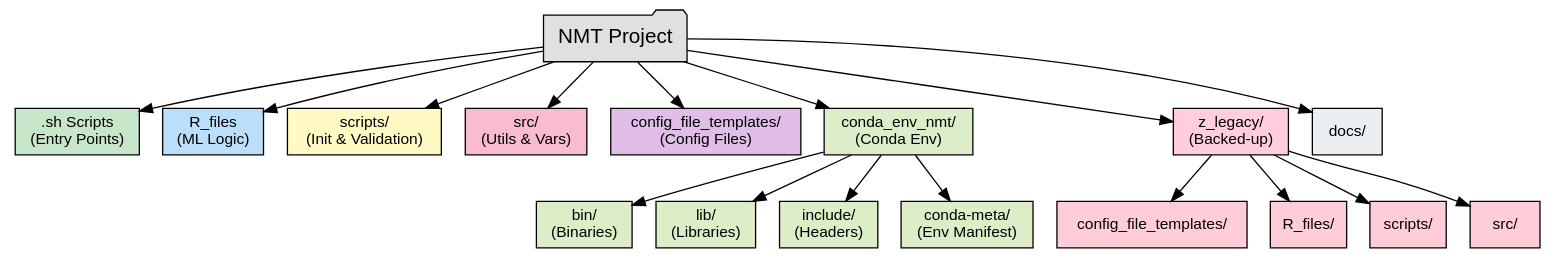
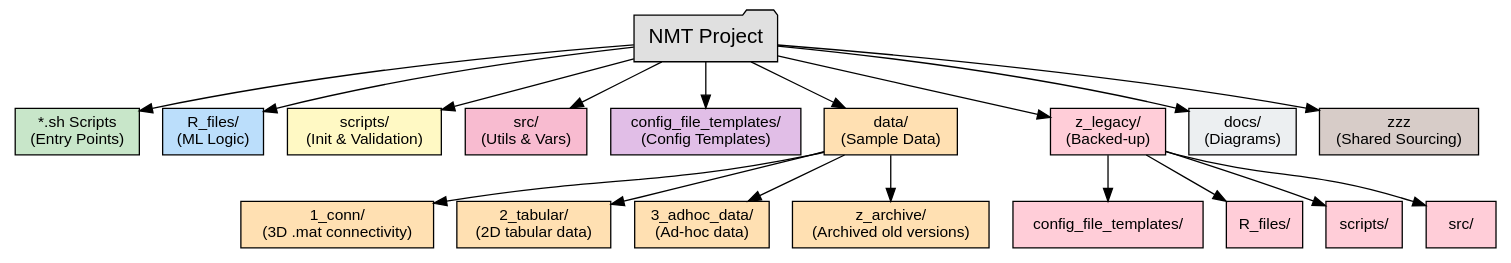
The diagram in docs/project_workflow.dot (jzhangc/git_nmt_commandline), drawn with Graphviz before and after one commit. The commit also changed 3 other files, not shown here.

```diff
--- a/docs/project_workflow.dot
+++ b/docs/project_workflow.dot
@@ -1,53 +1,55 @@
 digraph NMT_Project_Workflow {
   rankdir=TB;
   fontname="Helvetica";
   node [fontname="Helvetica", style=filled, shape=box, fontsize=12];
   edge [fontname="Helvetica", fontsize=10];
 
-  // Main project root
-  root [label="NMT Project", shape=folder, fillcolor="#e0e0e0", fontsize=16];
+   // Main project root
+   root [label="NMT Project", shape=folder, fillcolor="#e0e0e0", fontsize=16];
 
-  // Top-level folders
-  bash [label=".sh Scripts\n(Entry Points)", fillcolor="#c8e6c9"];
-  r_files [label="R_files\n(ML Logic)", fillcolor="#bbdefb"];
-  scripts_dir [label="scripts/\n(Init & Validation)", fillcolor="#fff9c4"];
-  src_dir [label="src/\n(Utils & Vars)", fillcolor="#f8bbd0"];
-  config_templates [label="config_file_templates/\n(Config Files)", fillcolor="#e1bee7"];
-  conda_env [label="conda_env_nmt/\n(Conda Env)", fillcolor="#dcedc8"];
-  z_legacy [label="z_legacy/\n(Backed-up)", fillcolor="#ffcddb"];
-  docs [label="docs/", fillcolor="#eceff1"];
+   // Top-level directories
+   bash [label="*.sh Scripts\n(Entry Points)", fillcolor="#c8e6c9"];
+   r_files [label="R_files/\n(ML Logic)", fillcolor="#bbdefb"];
+   scripts_dir [label="scripts/\n(Init & Validation)", fillcolor="#fff9c4"];
+   src_dir [label="src/\n(Utils & Vars)", fillcolor="#f8bbd0"];
+   config_templates [label="config_file_templates/\n(Config Templates)", fillcolor="#e1bee7"];
+   data_dir [label="data/\n(Sample Data)", fillcolor="#ffe0b2"];
+   z_legacy [label="z_legacy/\n(Backed-up)", fillcolor="#ffcdd8"];
+   docs [label="docs/\n(Diagrams)", fillcolor="#eceff1"];
+   zzz [label="zzz\n(Shared Sourcing)", fillcolor="#d7ccc8"];
 
-  root -> bash;
-  root -> r_files;
-  root -> scripts_dir;
-  root -> src_dir;
-  root -> config_templates;
-  root -> conda_env;
-  root -> z_legacy;
-  root -> docs;
+   root -> bash;
+   root -> r_files;
+   root -> scripts_dir;
+   root -> src_dir;
+   root -> config_templates;
+   root -> data_dir;
+   root -> z_legacy;
+   root -> docs;
+   root -> zzz;
 
-  // z_legacy sub-folders
-  legacy_config [label="config_file_templates/", fillcolor="#ffcdd8", parent=z_legacy];
-  legacy_r_files [label="R_files/", fillcolor="#ffcdd8", parent=z_legacy];
-  legacy_scripts [label="scripts/", fillcolor="#ffcdd8", parent=z_legacy];
-  legacy_src [label="src/", fillcolor="#ffcdd8", parent=z_legacy];
+    // z_legacy sub-folders
+   legacy_config [label="config_file_templates/", fillcolor="#ffcdd8", parent=z_legacy];
+   legacy_r_files [label="R_files/", fillcolor="#ffcdd8", parent=z_legacy];
+   legacy_scripts [label="scripts/", fillcolor="#ffcdd8", parent=z_legacy];
+   legacy_src [label="src/", fillcolor="#ffcdd8", parent=z_legacy];
 
-  z_legacy -> legacy_config;
-  z_legacy -> legacy_r_files;
-  z_legacy -> legacy_scripts;
-  z_legacy -> legacy_src;
+   z_legacy -> legacy_config;
+   z_legacy -> legacy_r_files;
+   z_legacy -> legacy_scripts;
+   z_legacy -> legacy_src;
 
-  // conda_env sub-folders (summarized)
-  conda_scripts [label="bin/\n(Binaries)", fillcolor="#dcedc8", parent=conda_env];
-  conda_lib [label="lib/\n(Libraries)", fillcolor="#dcedc8", parent=conda_env];
-  conda_include [label="include/\n(Headers)", fillcolor="#dcedc8", parent=conda_env];
-  conda_meta [label="conda-meta/\n(Env Manifest)", fillcolor="#dcedc8", parent=conda_env];
+    // data sub-folders
+   data_conn [label="1_conn/\n(3D .mat connectivity)", fillcolor="#ffe0b2", parent=data_dir];
+   data_tabular [label="2_tabular/\n(2D tabular data)", fillcolor="#ffe0b2", parent=data_dir];
+   data_adhoc [label="3_adhoc_data/\n(Ad-hoc data)", fillcolor="#ffe0b2", parent=data_dir];
+   data_archive [label="z_archive/\n(Archived old versions)", fillcolor="#ffe0b2", parent=data_dir];
 
-  conda_env -> conda_scripts;
-  conda_env -> conda_lib;
-  conda_env -> conda_include;
-  conda_env -> conda_meta;
+   data_dir -> data_conn;
+   data_dir -> data_tabular;
+   data_dir -> data_adhoc;
+   data_dir -> data_archive;
 
-  // Style edges
-  edge [color="#666666", arrowsize=0.8];
+    // Style edges
+   edge [color="#666666", arrowsize=0.8];
 }
```
